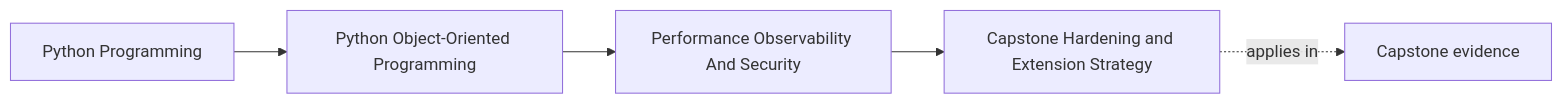
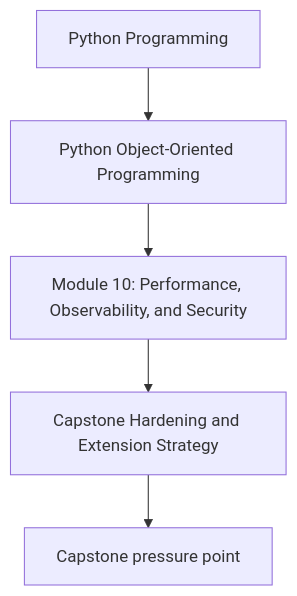
Before and after one commit to bijux/bijux-masterclass: the first of 2 diagrams in programs/python-programming/python-object-oriented-programming/course-book/module-10-performance-observability-and-security/capstone-hardening-and-extension-strategy.md, drawn with Mermaid. The commit also changed other lines of this file and 107 other files, not shown here.

Commit message:
docs(python-object-oriented-programming): align concept page diagrams

````diff
--- a/programs/python-programming/python-object-oriented-programming/course-book/module-10-performance-observability-and-security/capstone-hardening-and-extension-strategy.md
+++ b/programs/python-programming/python-object-oriented-programming/course-book/module-10-performance-observability-and-security/capstone-hardening-and-extension-strategy.md
@@ -7,11 +7,7 @@
 ```mermaid
-graph LR
-  family["Python Programming"]
-  program["Python Object-Oriented Programming"]
-  section["Performance Observability And Security"]
-  page["Capstone Hardening and Extension Strategy"]
-  capstone["Capstone evidence"]
-
-  family --> program --> section --> page
-  page -.applies in.-> capstone
+flowchart TD
+  family["Python Programming"] --> program["Python Object-Oriented Programming"]
+  program --> module["Module 10: Performance, Observability, and Security"]
+  module --> concept["Capstone Hardening and Extension Strategy"]
+  concept --> capstone["Capstone pressure point"]
 ```
````
